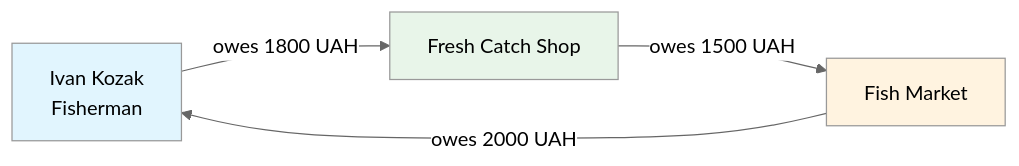
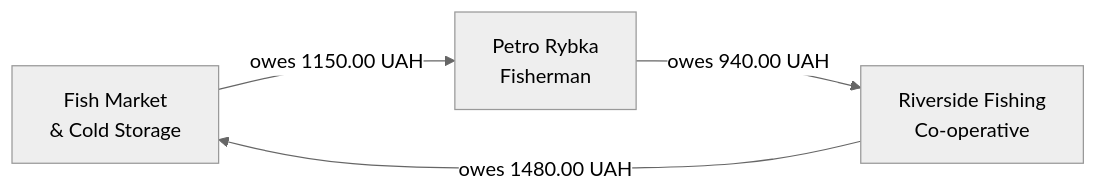
The first of 3 diagrams in docs/ru/seeds/seed-riverside-town-50.md (slawa19/GEOv0), drawn with Mermaid (neutral theme) before and after one commit. The commit also changed other lines of this file and 2 other files, not shown here.

````diff
--- a/docs/ru/seeds/seed-riverside-town-50.md
+++ b/docs/ru/seeds/seed-riverside-town-50.md
@@ -107,10 +113,6 @@
 ```mermaid
 graph LR
-    F[Ivan Kozak<br/>Fisherman] -->|owes 1800 UAH| S[Fresh Catch Shop]
-    S -->|owes 1500 UAH| M[Fish Market]
-    M -->|owes 2000 UAH| F
-    
-    style F fill:#e1f5fe
-    style M fill:#fff3e0
-    style S fill:#e8f5e9
+    M[Fish Market<br/>& Cold Storage] -->|owes 1150.00 UAH| P[Petro Rybka<br/>Fisherman]
+    P -->|owes 940.00 UAH| C[Riverside Fishing<br/>Co-operative]
+    C -->|owes 1480.00 UAH| M
 ```
````
